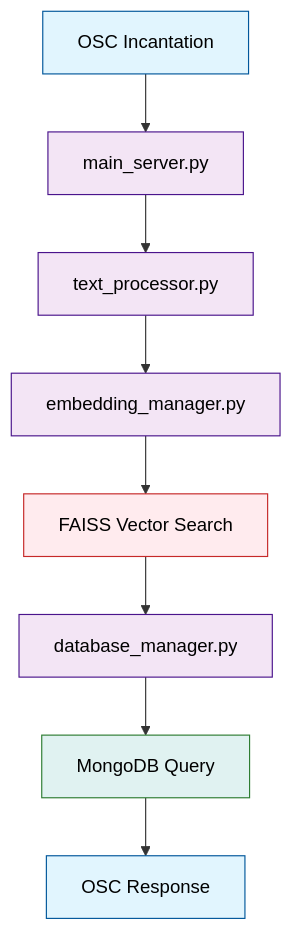
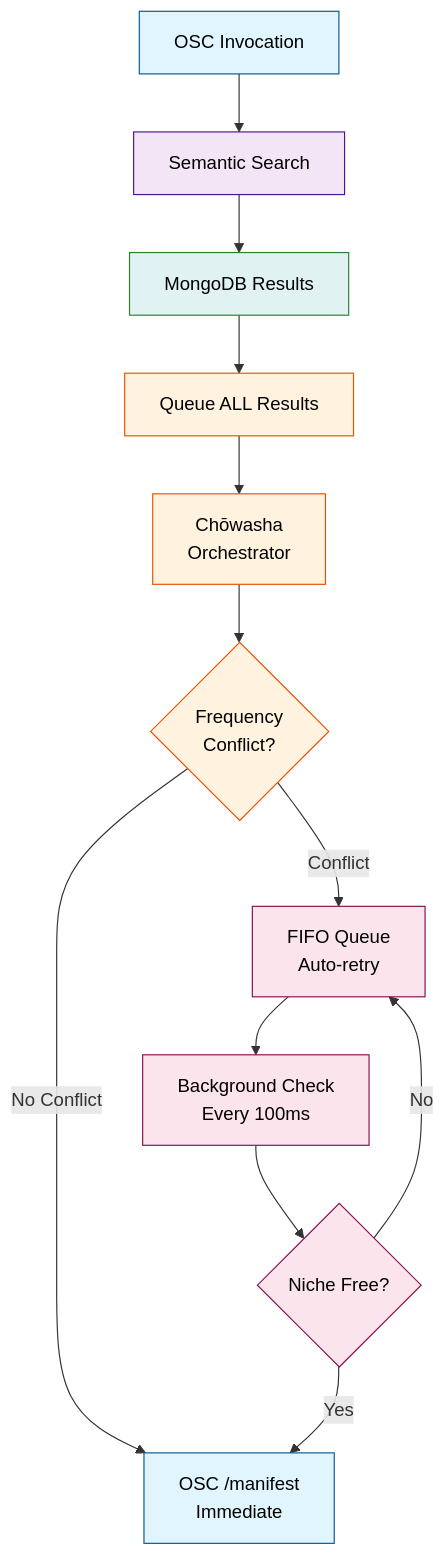
One commit to jpdrecourt/hibikido-server changed the first of 3 diagrams in README.md. Above: the diagram before and after it, drawn with Mermaid. The commit also changed other lines of this file and 8 other files, not shown here.

````diff
--- a/README.md
+++ b/README.md
@@ -105,19 +106,25 @@
 ```mermaid
 graph TD
-    A[OSC Incantation] --> B[main_server.py]
-    B --> C[text_processor.py]
-    C --> D[embedding_manager.py]
-    D --> E[FAISS Vector Search]
-    E --> F[database_manager.py]
-    F --> G[MongoDB Query]
-    G --> H[OSC Response]
+    A[OSC Invocation] --> B[Semantic Search]
+    B --> C[MongoDB Results]
+    C --> D[Queue ALL Results]
+    D --> E[Chōwasha<br/>Orchestrator]
+    E --> F{Frequency<br/>Conflict?}
+    F -->|No Conflict| G[OSC /manifest<br/>Immediate]
+    F -->|Conflict| H[FIFO Queue<br/>Auto-retry]
+    H --> I[Background Check<br/>Every 100ms]
+    I --> J{Niche Free?}
+    J -->|Yes| G
+    J -->|No| H
 
     style A fill:#e1f5fe,stroke:#01579b,color:#000
     style B fill:#f3e5f5,stroke:#4a148c,color:#000
-    style C fill:#f3e5f5,stroke:#4a148c,color:#000
-    style D fill:#f3e5f5,stroke:#4a148c,color:#000
-    style E fill:#ffebee,stroke:#c62828,color:#000
-    style F fill:#f3e5f5,stroke:#4a148c,color:#000
-    style G fill:#e0f2f1,stroke:#2e7d32,color:#000
-    style H fill:#e1f5fe,stroke:#01579b,color:#000
+    style C fill:#e0f2f1,stroke:#2e7d32,color:#000
+    style D fill:#fff3e0,stroke:#e65100,color:#000
+    style E fill:#fff3e0,stroke:#e65100,color:#000
+    style F fill:#fff3e0,stroke:#e65100,color:#000
+    style G fill:#e1f5fe,stroke:#01579b,color:#000
+    style H fill:#fce4ec,stroke:#880e4f,color:#000
+    style I fill:#fce4ec,stroke:#880e4f,color:#000
+    style J fill:#fce4ec,stroke:#880e4f,color:#000
 ```
````
